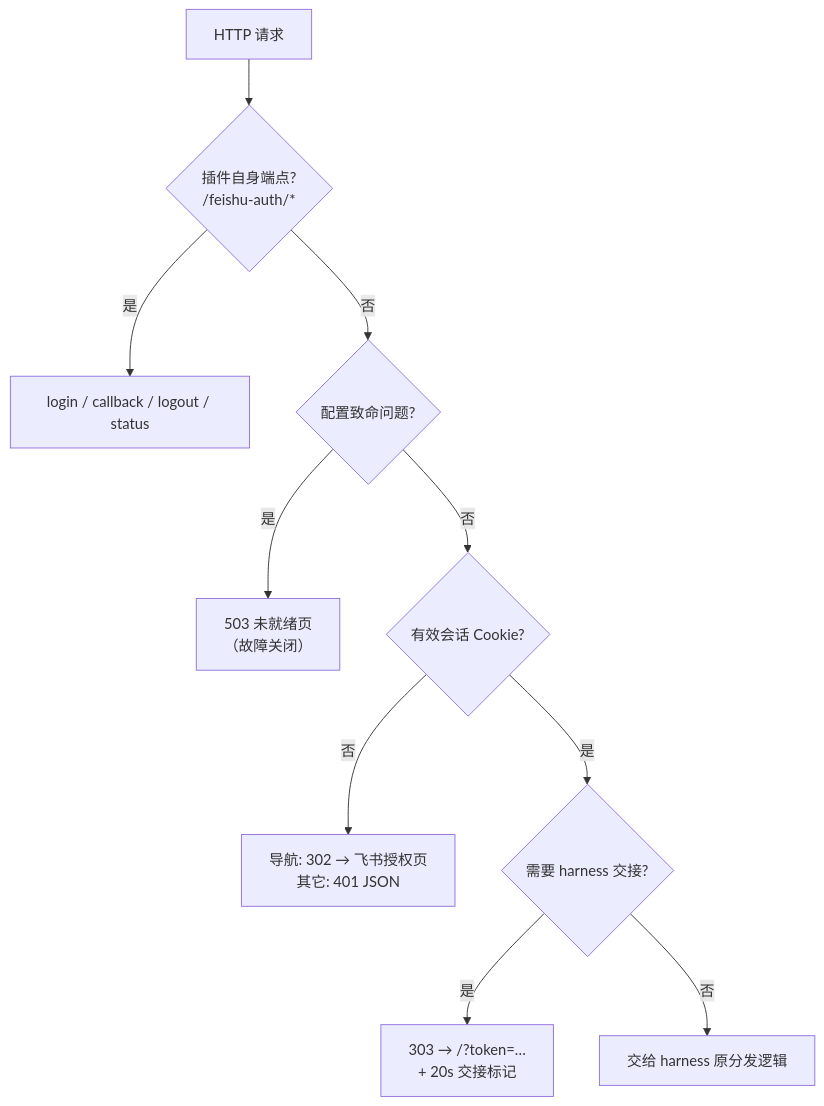
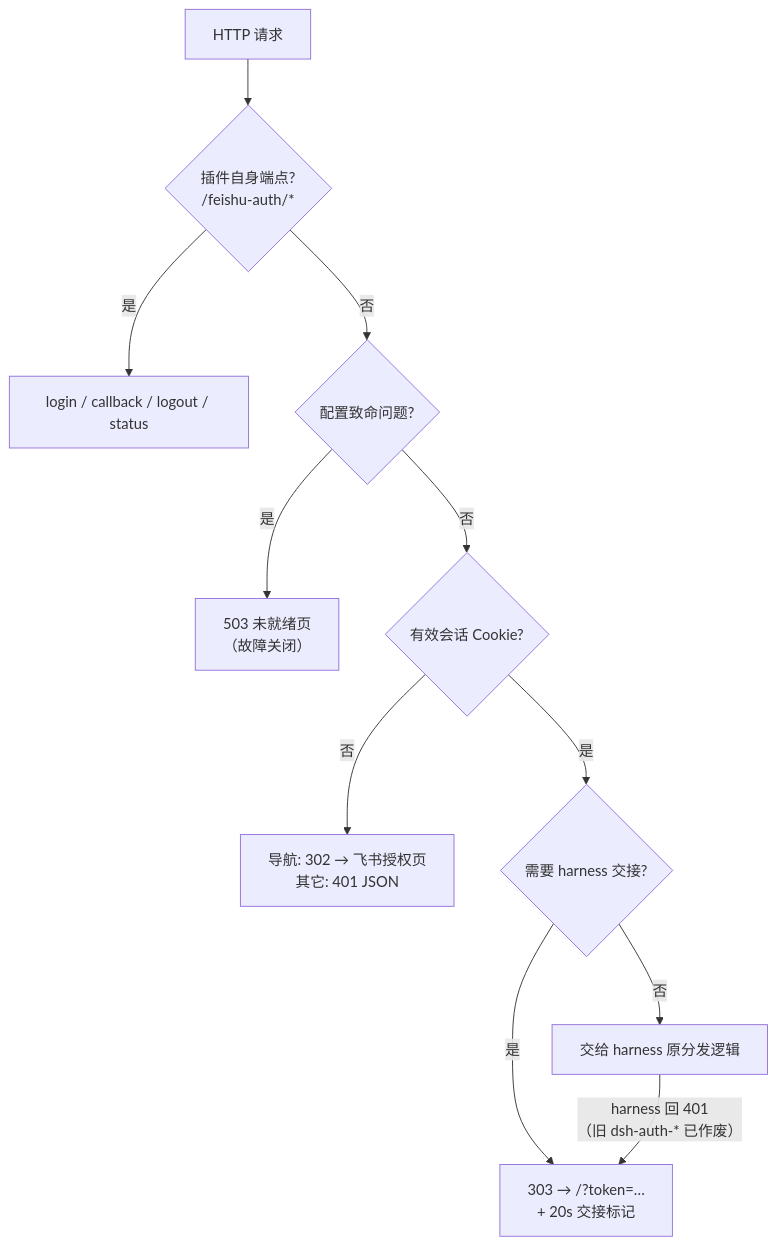
The first of 3 diagrams in docs/architecture.md (jianghuifr/dsh-feishu-auth), drawn with Mermaid before and after one commit. The commit also changed other lines of this file and 2 other files, not shown here.

First line of the commit message:
fix(gate): harness 重启后旧 dsh-auth-* 会压住交接，导致卡在 harness 的 401 页

````diff
--- a/docs/architecture.md
+++ b/docs/architecture.md
@@ -9,12 +9,13 @@
 ```mermaid
 flowchart TB
     R["HTTP 请求"] --> OW{"插件自身端点?<br/>/feishu-auth/*"}
     OW -->|"是"| H["login / callback / logout / status"]
     OW -->|"否"| CFG{"配置致命问题?"}
     CFG -->|"是"| FC["503 未就绪页<br/>（故障关闭）"]
     CFG -->|"否"| AU{"有效会话 Cookie?"}
     AU -->|"否"| DN["导航: 302 → 飞书授权页<br/>其它: 401 JSON"]
     AU -->|"是"| HO{"需要 harness 交接?"}
     HO -->|"是"| EX["303 → /?token=…<br/>+ 20s 交接标记"]
     HO -->|"否"| PS["交给 harness 原分发逻辑"]
+    PS -->|"harness 回 401<br/>（旧 dsh-auth-* 已作废）"| EX
 ```
````
